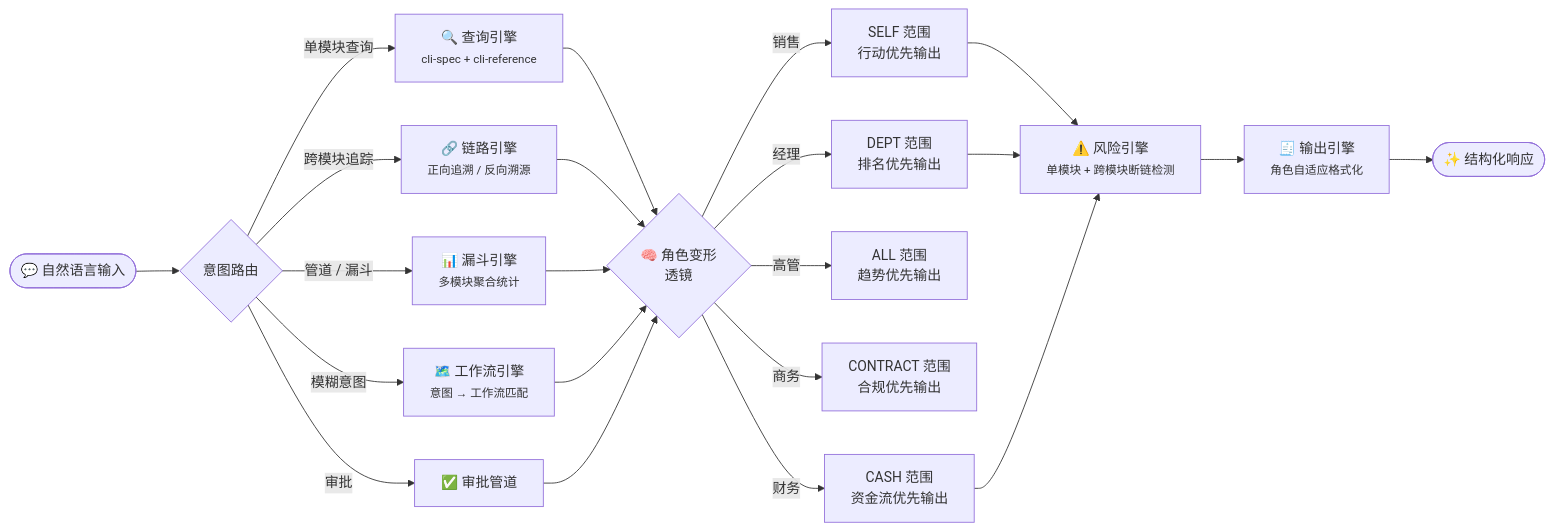
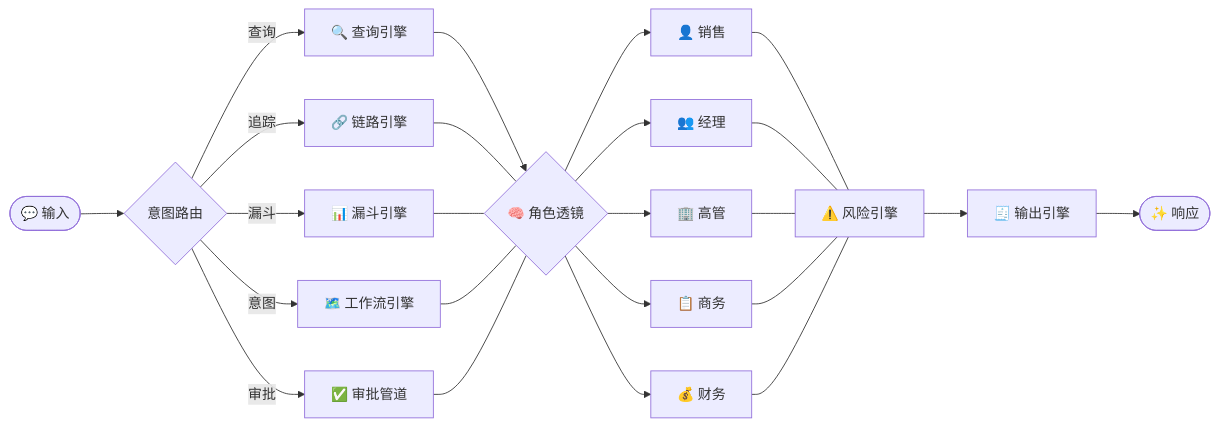
Before and after one commit to 1Panel-dev/CordysCRM-skills: the first of 2 diagrams in README.md, drawn with Mermaid. The commit also changed other lines of this file, not shown here.

Commit message:
docs: update README with improved clarity and terminology in flowcharts

````diff
--- a/README.md
+++ b/README.md
@@ -90,29 +90,31 @@
 ```mermaid
 flowchart LR
-    U(["💬 自然语言输入"]) --> GATE{意图路由}
+    U(["💬 输入"]) --> GATE{"意图路由"}
 
-    GATE -->|"单模块查询"| QUERY["🔍 查询引擎<br/><small>cli-spec + cli-reference</small>"]
-    GATE -->|"跨模块追踪"| LINK["🔗 链路引擎<br/><small>正向追溯 / 反向溯源</small>"]
-    GATE -->|"管道 / 漏斗"| FUNNEL["📊 漏斗引擎<br/><small>多模块聚合统计</small>"]
-    GATE -->|"模糊意图"| FLOW["🗺️ 工作流引擎<br/><small>意图 → 工作流匹配</small>"]
+    GATE -->|"查询"| QUERY["🔍 查询引擎"]
+    GATE -->|"追踪"| LINK["🔗 链路引擎"]
+    GATE -->|"漏斗"| FUNNEL["📊 漏斗引擎"]
+    GATE -->|"意图"| FLOW["🗺️ 工作流引擎"]
     GATE -->|"审批"| APPR["✅ 审批管道"]
 
-    QUERY --> ROLE{"🧠 角色变形<br/>透镜"}
-    LINK --> ROLE
-    FUNNEL --> ROLE
-    FLOW --> ROLE
-    APPR --> ROLE
+    QUERY --> ROLE{"🧠 角色透镜"}
+    LINK --- ROLE
+    FUNNEL --- ROLE
+    FLOW --- ROLE
+    APPR --- ROLE
 
-    ROLE -->|"销售"| SL["SELF 范围<br/>行动优先输出"]
-    ROLE -->|"经理"| SM["DEPT 范围<br/>排名优先输出"]
-    ROLE -->|"高管"| EX["ALL 范围<br/>趋势优先输出"]
-    ROLE -->|"商务"| CA["CONTRACT 范围<br/>合规优先输出"]
-    ROLE -->|"财务"| FN["CASH 范围<br/>资金流优先输出"]
+    ROLE --> SL["👤 销售"]
+    ROLE --> SM["👥 经理"]
+    ROLE --> EX["🏢 高管"]
+    ROLE --> CA["📋 商务"]
+    ROLE --> FN["💰 财务"]
 
-    SL --> RISK["⚠️ 风险引擎<br/><small>单模块 + 跨模块断链检测</small>"]
-    SM --> RISK
-    FN --> RISK
+    SL --- RISK["⚠️ 风险引擎"]
+    SM --- RISK
+    EX --- RISK
+    CA --- RISK
+    FN --- RISK
 
-    RISK --> FMT["🧾 输出引擎<br/><small>角色自适应格式化</small>"]
-    FMT --> OUT(["✨ 结构化响应"])
+    RISK --> FMT["🧾 输出引擎"]
+    FMT --> OUT(["✨ 响应"])
 ```
````
